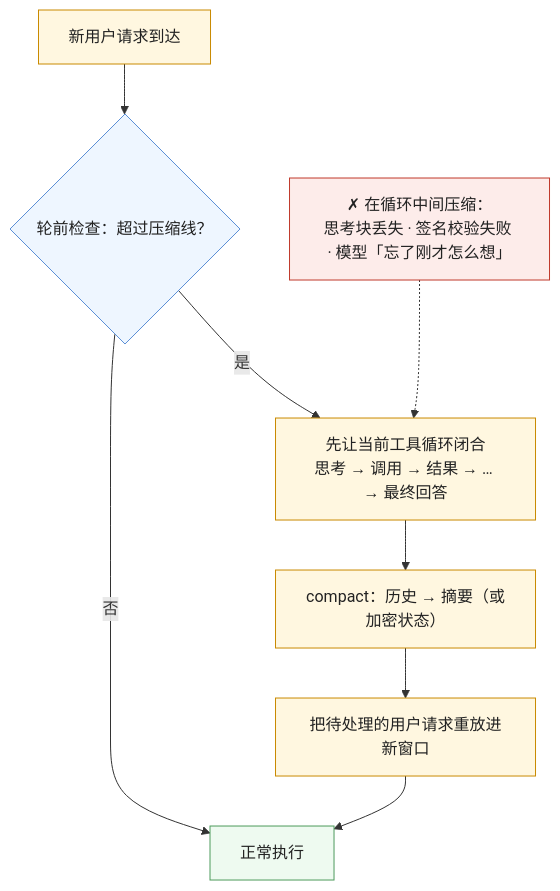
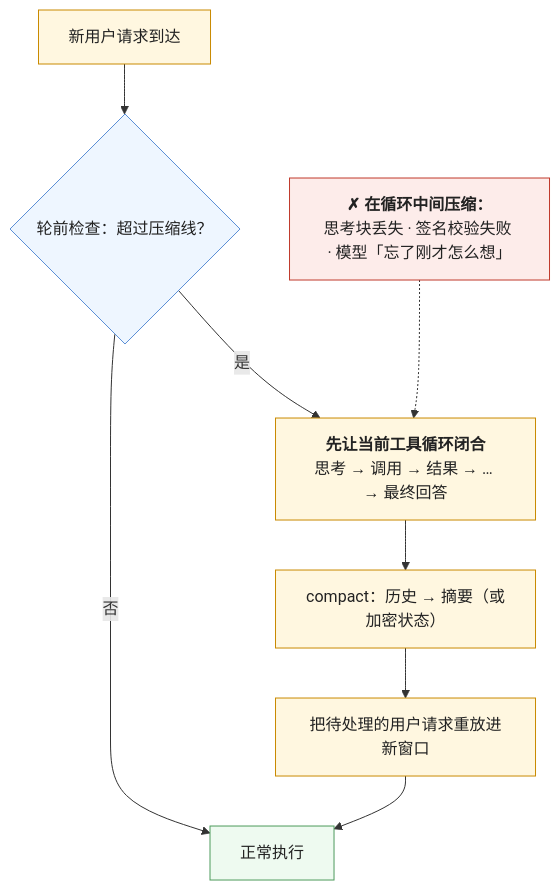
The sixth of 6 diagrams in _posts/2026-10-09-context-budgeting-offloading-and-compaction.md (arganzheng/arganzheng.github.com), drawn with Mermaid before and after one commit. The commit also changed other lines of this file and 6 other files, not shown here.

First line of the commit message:
Prompt 与上下文工程：模型这一步该看到什么：Mermaid 多行方框的首行标为标题（7 篇）

````diff
--- a/_posts/2026-10-09-context-budgeting-offloading-and-compaction.md
+++ b/_posts/2026-10-09-context-budgeting-offloading-and-compaction.md
@@ -229,19 +229,19 @@
 ```mermaid
 %% 图：压缩只能在思考链的边界做——Codex 的做法：轮前检查发现超线，先等当前工具循环闭合（所有工具结果收齐、模型给出最终回答），再调 compact，再把待处理的用户请求重放进压缩后的窗口；在循环中间压缩会丢思考块、让签名校验失败
 flowchart TB
     U["新用户请求到达"] --> C{"轮前检查：超过压缩线？"}
     C -->|"否"| RUN["正常执行"]
-    C -->|"是"| W["先让当前工具循环闭合<br/>思考 → 调用 → 结果 → … → 最终回答"]
+    C -->|"是"| W["<b>先让当前工具循环闭合</b><br/>思考 → 调用 → 结果 → … → 最终回答"]
     W --> CMP["compact：历史 → 摘要（或加密状态）"]
     CMP --> RP["把待处理的用户请求重放进新窗口"]
     RP --> RUN
-    X["✗ 在循环中间压缩：<br/>思考块丢失 · 签名校验失败 · 模型「忘了刚才怎么想」"] -.-> W
+    X["<b>✗ 在循环中间压缩：</b><br/>思考块丢失 · 签名校验失败 · 模型「忘了刚才怎么想」"] -.-> W
     classDef step fill:#fff7e0,stroke:#c98a00,color:#222
     classDef dec fill:#eef6ff,stroke:#5b8fd6,color:#222
     classDef ok fill:#eefaf0,stroke:#4d9a5c,color:#222
     classDef bad fill:#fdecea,stroke:#c0392b,color:#222
     class U,W,CMP,RP step
     class C dec
     class RUN ok
     class X bad
 ```
````
